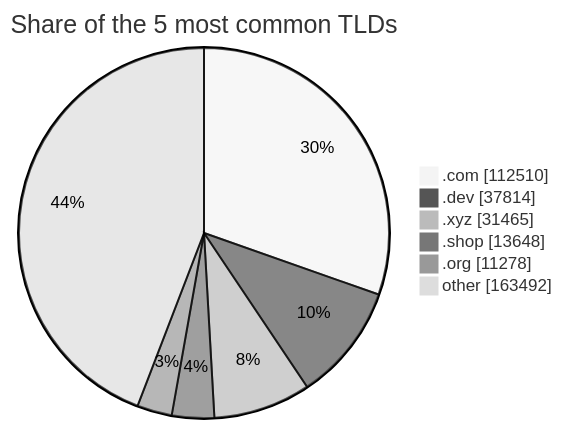
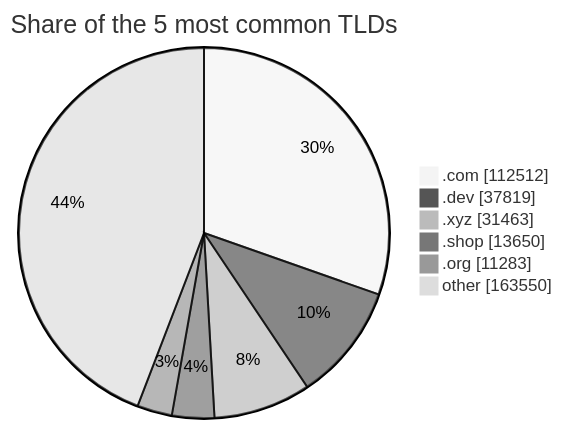
One commit to DNSBunker/CTI changed the third of 3 diagrams in README.md. Above: the diagram before and after it, drawn with Mermaid (neutral theme). The commit also changed other lines of this file and 3 other files, not shown here.

````diff
--- a/README.md
+++ b/README.md
@@ -81,9 +81,9 @@
 ```mermaid
 pie showData title Share of the 5 most common TLDs
-    ".com" : 112510
-    ".dev" : 37814
-    ".xyz" : 31465
-    ".shop" : 13648
-    ".org" : 11278
-    "other" : 163492
+    ".com" : 112512
+    ".dev" : 37819
+    ".xyz" : 31463
+    ".shop" : 13650
+    ".org" : 11283
+    "other" : 163550
 ```
````
